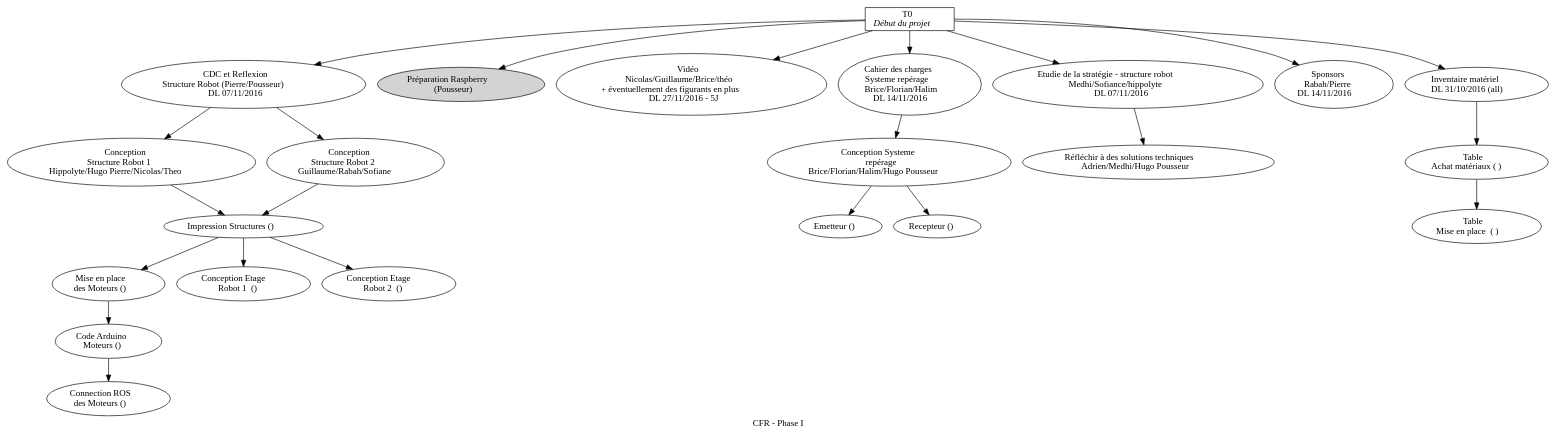
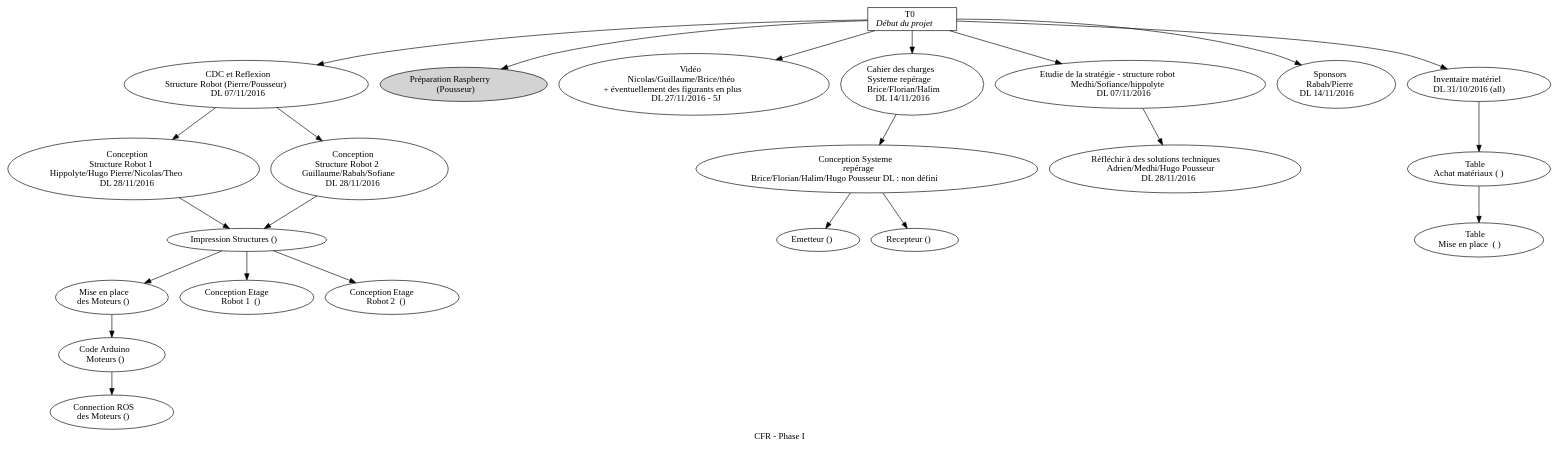
Before and after one commit to ESCF17/coupe: the diagram in projet/taches/taches_global.gv, drawn with Graphviz. The commit also changed 11 other files, not shown here.

```diff
--- a/projet/taches/taches_global.gv
+++ b/projet/taches/taches_global.gv
@@ -1,63 +1,63 @@
 digraph G {
   
     label ="CFR - Phase I";
    
     t0		   [label = <T0 <br/> <I>Début du projet </I>>]    
     table_0   	   [label = <Table <br/> Achat matériaux ( )>]
     table_1   	   [label = <Table <br/> Mise en place  ( )>]
     struct_robot   [label = <CDC et Reflexion <br/> Structure Robot (Pierre/Pousseur) <br/> DL 07/11/2016>]
-    struct_robot_1 [label = <Conception <br/> Structure Robot 1 <br/>Hippolyte/Hugo Pierre/Nicolas/Theo>]
-    struct_robot_2 [label = <Conception <br/> Structure Robot 2 <br/>Guillaume/Rabah/Sofiane>]
+    struct_robot_1 [label = <Conception <br/> Structure Robot 1 <br/>Hippolyte/Hugo Pierre/Nicolas/Theo <br/>DL 28/11/2016>]
+    struct_robot_2 [label = <Conception <br/> Structure Robot 2 <br/>Guillaume/Rabah/Sofiane<br/>DL 28/11/2016>]
     imp_struct 	   [label = <Impression Structures ()>]
     prepa_os	   [label = <Préparation Raspberry <br/> (Pousseur) > style="filled"]
     prepa_video    [label = <Vidéo <br/>Nicolas/Guillaume/Brice/théo<br/>+ éventuellement des figurants en plus<br/>DL 27/11/2016 - 5J>]
     cch_sys_rep    [label = <Cahier des charges <br/> Systeme repérage <br/>Brice/Florian/Halim<br/> DL 14/11/2016 >]
-    cons_sys_rep   [label = <Conception Systeme <br/> repérage <br/>Brice/Florian/Halim/Hugo Pousseur>]
+    cons_sys_rep   [label = <Conception Systeme <br/> repérage <br/>Brice/Florian/Halim/Hugo Pousseur DL : non défini>]
     rep_emetteur   [label = <Emetteur ()>]
     rep_recepteur  [label = <Recepteur ()>]
     strats         [label = <Etudie de la stratégie - structure robot <br/> Medhi/Sofiance/hippolyte<br/>DL 07/11/2016>]
-    solution_technique [label = <Réfléchir à des solutions techniques <br/>Adrien/Medhi/Hugo Pousseur>]    
+    solution_technique [label = <Réfléchir à des solutions techniques <br/>Adrien/Medhi/Hugo Pousseur <br/>DL 28/11/2016>]    
 
     sponsors	   [label = <Sponsors <br/>Rabah/Pierre<br/> DL 14/11/2016 >]
     
     moteur_roues   [label = <Mise en place <br/> des Moteurs ()>] 
     arduino_moteur [label = <Code Arduino <br/> Moteurs ()>] 
     arduino_rasp   [label = <Connection ROS <br/> des Moteurs ()>] 
 
     cons_etg1_r1   [label = <Conception Etage <br/> Robot 1  ()>] 
     cons_etg1_r2   [label = <Conception Etage <br/> Robot 2  ()>]
 
     inventaire	   [label = <Inventaire matériel <br/> DL 31/10/2016 (all)>]
 
 
     t0[shape=box];
        
     t0		-> inventaire;
     inventaire -> table_0 -> table_1;
  
     t0 -> strats
     strats -> solution_technique;		
     t0 -> prepa_os;
     
     t0 -> prepa_video;
 
     t0 -> sponsors;
 
     t0 -> struct_robot;
     struct_robot -> struct_robot_1;
     struct_robot -> struct_robot_2;
 
     struct_robot_1 -> imp_struct;
     struct_robot_2 -> imp_struct;
     imp_struct	   -> moteur_roues;
     moteur_roues   -> arduino_moteur;
     arduino_moteur -> arduino_rasp;
 
     imp_struct	   -> cons_etg1_r1;
     imp_struct	   -> cons_etg1_r2;
 
     t0    -> cch_sys_rep;
     cch_sys_rep	   -> cons_sys_rep;
     cons_sys_rep   -> rep_emetteur;
     cons_sys_rep   -> rep_recepteur;
  }
```
